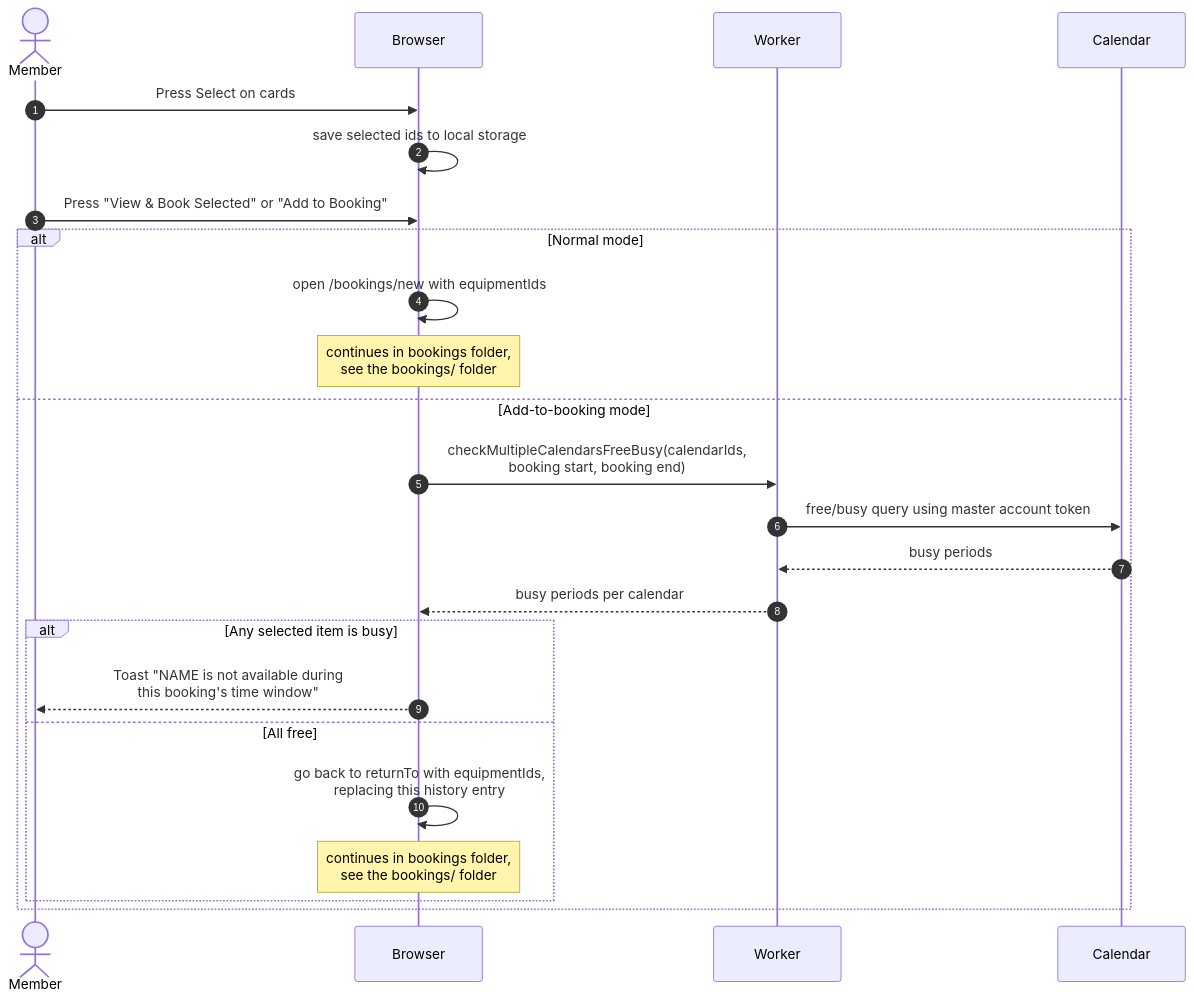
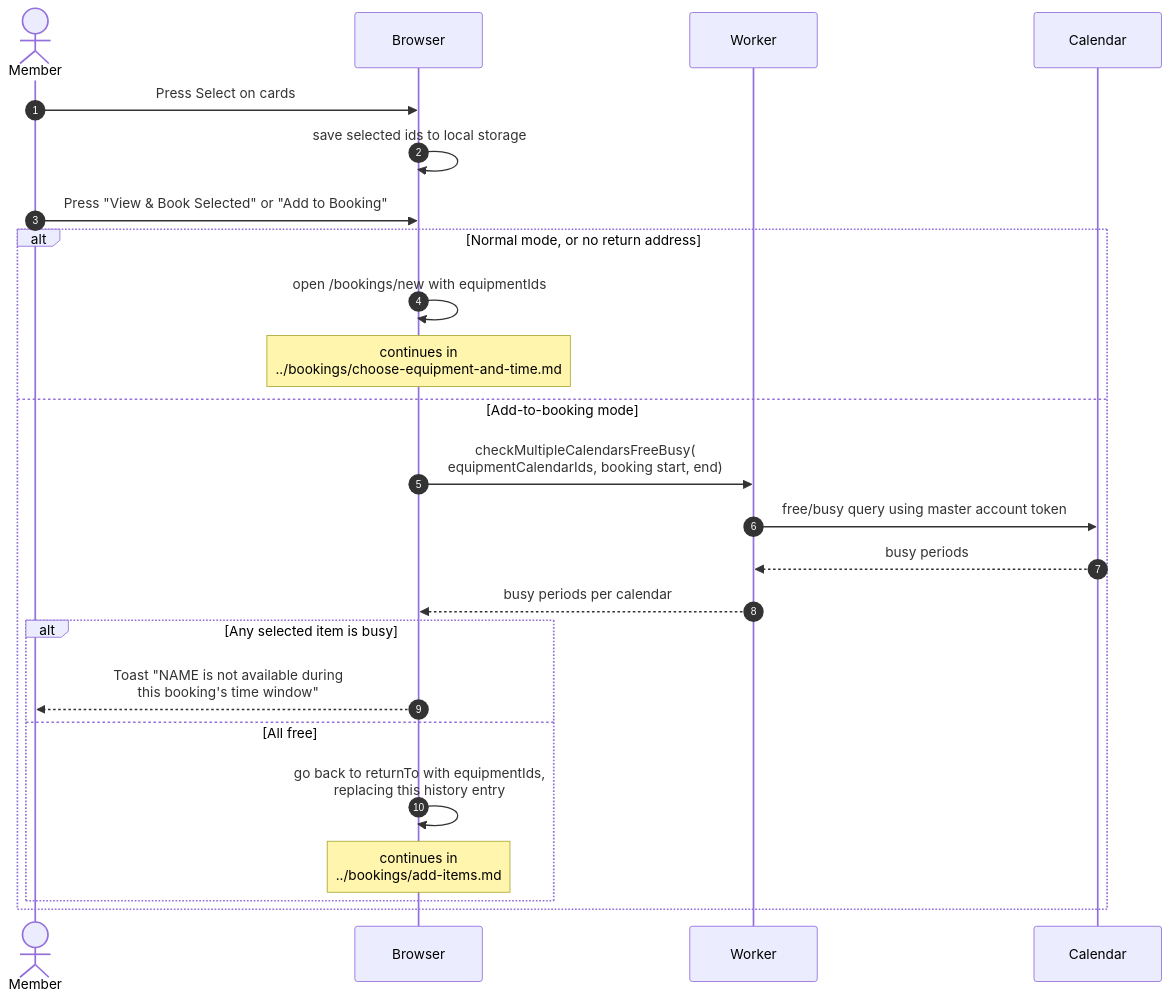
The diagram in docs/scenarios/equipment/select-and-book.md (sagyzdop/meriksirat), drawn with Mermaid before and after one commit. The commit also changed other lines of this file and 10 other files, not shown here.

Commit message:
docs(scenarios): verify equipment diagrams against the code

````diff
--- a/docs/scenarios/equipment/select-and-book.md
+++ b/docs/scenarios/equipment/select-and-book.md
@@ -28,26 +36,26 @@
 ```mermaid
 sequenceDiagram
     autonumber
     actor M as Member
     participant B as Browser
     participant W as Worker
     participant C as Calendar
     M->>B: Press Select on cards
     B->>B: save selected ids to local storage
     M->>B: Press "View & Book Selected" or "Add to Booking"
-    alt Normal mode
+    alt Normal mode, or no return address
         B->>B: open /bookings/new with equipmentIds
-        Note over B: continues in bookings folder,<br/>see the bookings/ folder
+        Note over B: continues in<br/>../bookings/choose-equipment-and-time.md
     else Add-to-booking mode
-        B->>W: checkMultipleCalendarsFreeBusy(calendarIds,<br/>booking start, booking end)
+        B->>W: checkMultipleCalendarsFreeBusy(<br/>equipmentCalendarIds, booking start, end)
         W->>C: free/busy query using master account token
         C-->>W: busy periods
         W-->>B: busy periods per calendar
         alt Any selected item is busy
             B-->>M: Toast "NAME is not available during<br/>this booking's time window"
         else All free
             B->>B: go back to returnTo with equipmentIds,<br/>replacing this history entry
-            Note over B: continues in bookings folder,<br/>see the bookings/ folder
+            Note over B: continues in<br/>../bookings/add-items.md
         end
     end
 ```
````
